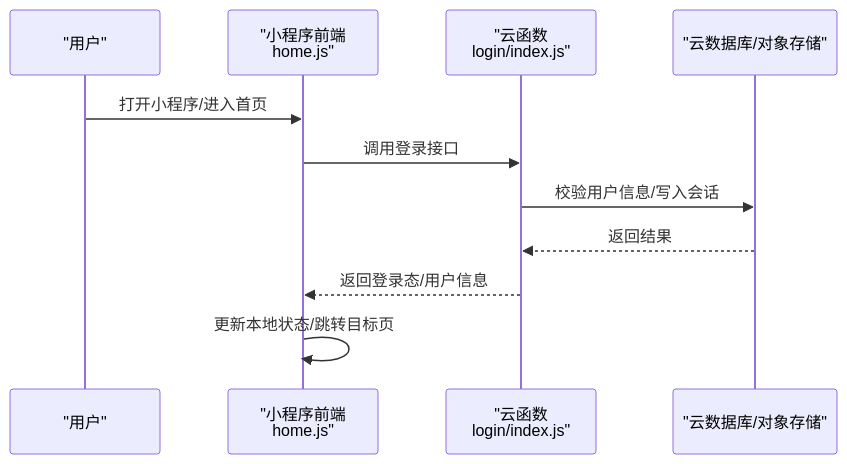
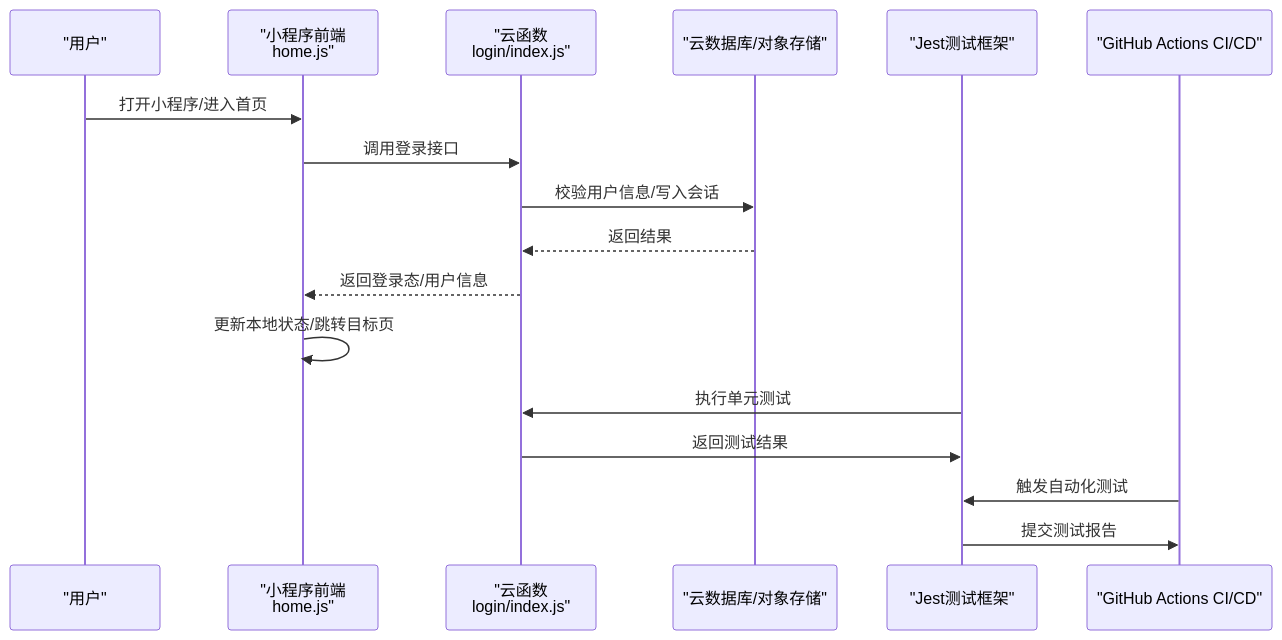
One commit to cwb7756/bio changed the second of 3 diagrams in .qoder/repowiki/zh/content/开发指南/开发流程.md. Above: the diagram before and after it, drawn with Mermaid. The commit also changed other lines of this file and 45 other files, not shown here.

````diff
--- a/.qoder/repowiki/zh/content/开发指南/开发流程.md
+++ b/.qoder/repowiki/zh/content/开发指南/开发流程.md
@@ -153,13 +204,19 @@
 ```mermaid
 sequenceDiagram
 participant U as "用户"
 participant MP as "小程序前端<br/>home.js"
 participant CF as "云函数<br/>login/index.js"
 participant DB as "云数据库/对象存储"
+participant TEST as "Jest测试框架"
+participant CI as "GitHub Actions CI/CD"
 U->>MP : 打开小程序/进入首页
 MP->>CF : 调用登录接口
 CF->>DB : 校验用户信息/写入会话
 DB-->>CF : 返回结果
 CF-->>MP : 返回登录态/用户信息
 MP->>MP : 更新本地状态/跳转目标页
+TEST->>CF : 执行单元测试
+CF->>TEST : 返回测试结果
+CI->>TEST : 触发自动化测试
+TEST->>CI : 提交测试报告
 ```
````
